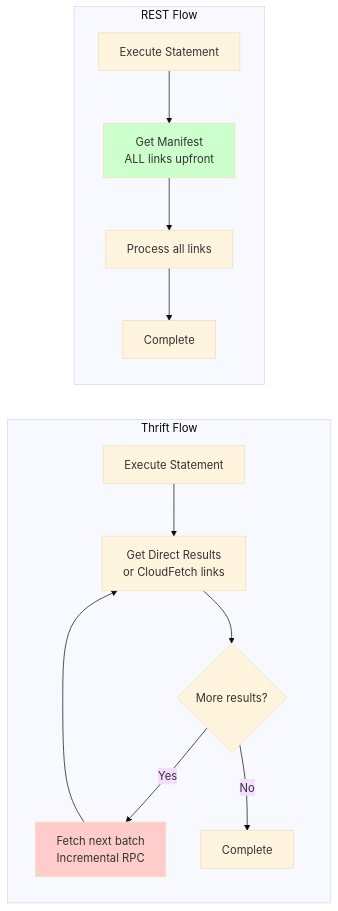
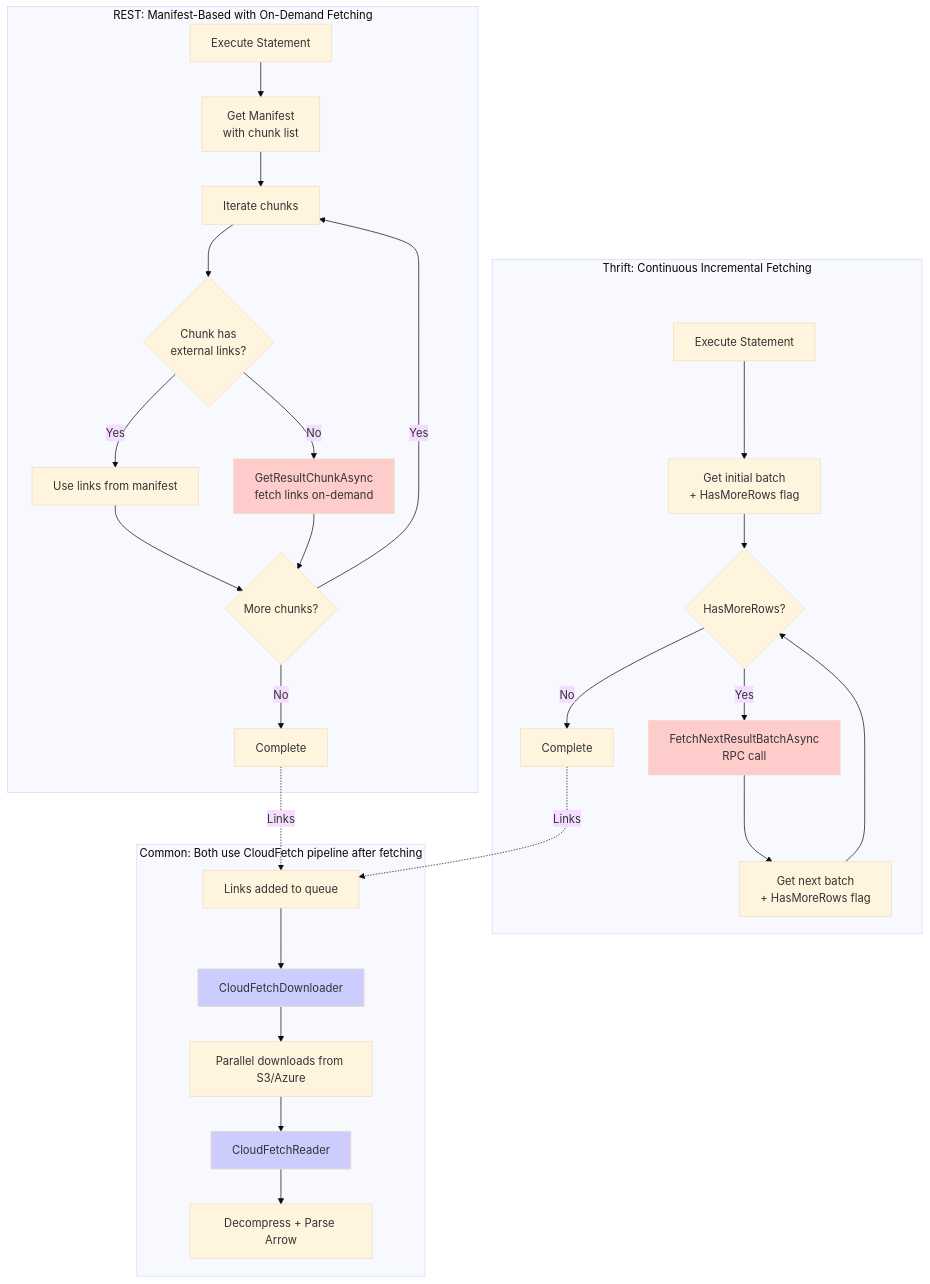
The tenth of 10 diagrams in csharp/src/Drivers/Databricks/statement-execution-api-design.md (apache/arrow-adbc), drawn with Mermaid (base theme) before and after one commit. The commit also changed other lines of this file, not shown here.

Commit message:
fix fetching logic

````diff
--- a/csharp/src/Drivers/Databricks/statement-execution-api-design.md
+++ b/csharp/src/Drivers/Databricks/statement-execution-api-design.md
@@ -1704,19 +1727,38 @@
 ```mermaid
-graph LR
-    subgraph "Thrift Flow"
-        T1[Execute Statement] --> T2[Get Direct Results<br/>or CloudFetch links]
-        T2 --> T3{More results?}
-        T3 -->|Yes| T4[Fetch next batch<br/>Incremental RPC]
-        T4 --> T2
-        T3 -->|No| T5[Complete]
+graph TB
+    subgraph "Thrift: Continuous Incremental Fetching"
+        T1[Execute Statement] --> T2[Get initial batch<br/>+ HasMoreRows flag]
+        T2 --> T3{HasMoreRows?}
+        T3 -->|Yes| T4[FetchNextResultBatchAsync<br/>RPC call]
+        T4 --> T5[Get next batch<br/>+ HasMoreRows flag]
+        T5 --> T3
+        T3 -->|No| T6[Complete]
     end
 
-    subgraph "REST Flow"
-        R1[Execute Statement] --> R2[Get Manifest<br/>ALL links upfront]
-        R2 --> R3[Process all links]
-        R3 --> R4[Complete]
+    subgraph "REST: Manifest-Based with On-Demand Fetching"
+        R1[Execute Statement] --> R2[Get Manifest<br/>with chunk list]
+        R2 --> R3[Iterate chunks]
+        R3 --> R4{Chunk has<br/>external links?}
+        R4 -->|Yes| R5[Use links from manifest]
+        R4 -->|No| R6[GetResultChunkAsync<br/>fetch links on-demand]
+        R5 --> R7{More chunks?}
+        R6 --> R7
+        R7 -->|Yes| R3
+        R7 -->|No| R8[Complete]
     end
 
+    subgraph "Common: Both use CloudFetch pipeline after fetching"
+        C1[Links added to queue] --> C2[CloudFetchDownloader]
+        C2 --> C3[Parallel downloads from S3/Azure]
+        C3 --> C4[CloudFetchReader]
+        C4 --> C5[Decompress + Parse Arrow]
+    end
+
+    T6 -.->|Links| C1
+    R8 -.->|Links| C1
+
     style T4 fill:#ffcccc
-    style R2 fill:#ccffcc
+    style R6 fill:#ffcccc
+    style C2 fill:#ccccff
+    style C4 fill:#ccccff
 ```
````
